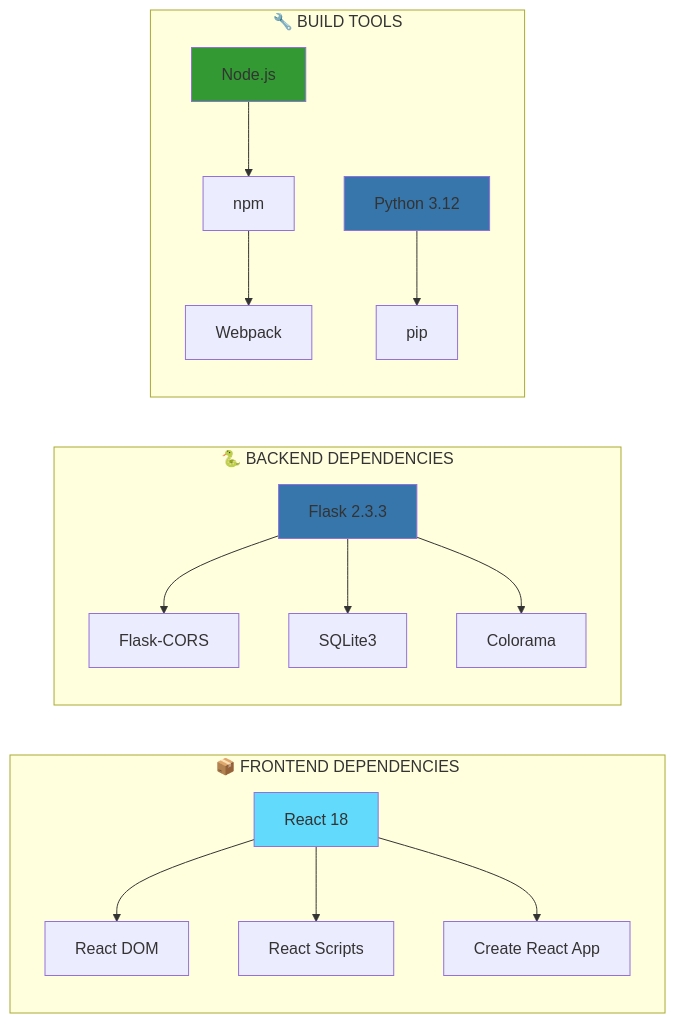
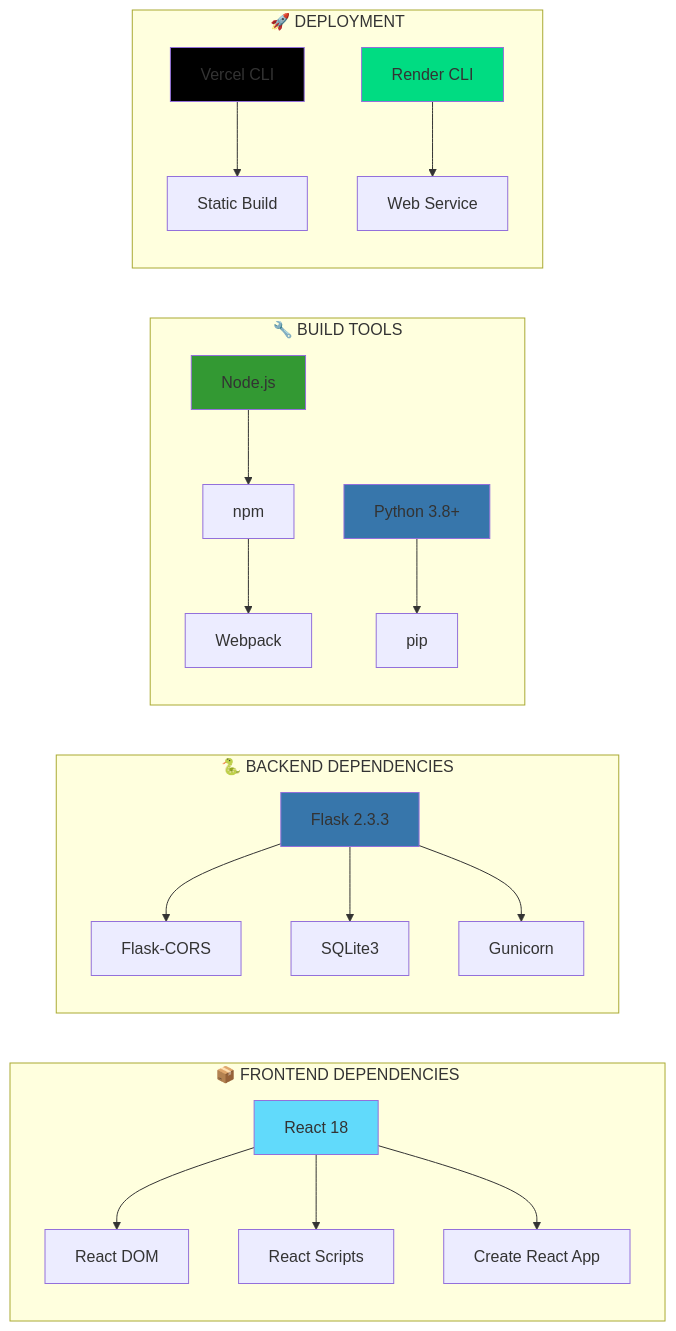
Before and after one commit to YohaOro/inventario-app: the third of 4 diagrams in README.md, drawn with Mermaid. The commit also changed other lines of this file and 4 other files, not shown here.

````diff
--- a/README.md
+++ b/README.md
@@ -86,25 +97,32 @@
 ```mermaid
 graph LR
     subgraph "📦 FRONTEND DEPENDENCIES"
         A[React 18] --> B[React DOM]
         A --> C[React Scripts]
         A --> D[Create React App]
     end
     
     subgraph "🐍 BACKEND DEPENDENCIES"
         E[Flask 2.3.3] --> F[Flask-CORS]
         E --> G[SQLite3]
-        E --> H[Colorama]
+        E --> H[Gunicorn]
     end
     
     subgraph "🔧 BUILD TOOLS"
         I[Node.js] --> J[npm]
         J --> K[Webpack]
-        L[Python 3.12] --> M[pip]
+        L[Python 3.8+] --> M[pip]
+    end
+    
+    subgraph "🚀 DEPLOYMENT"
+        N[Vercel CLI] --> O[Static Build]
+        P[Render CLI] --> Q[Web Service]
     end
     
     style A fill:#61dafb
     style E fill:#3776ab
     style I fill:#339933
     style L fill:#3776ab
+    style N fill:#000000
+    style P fill:#00dc82
 ```
````
